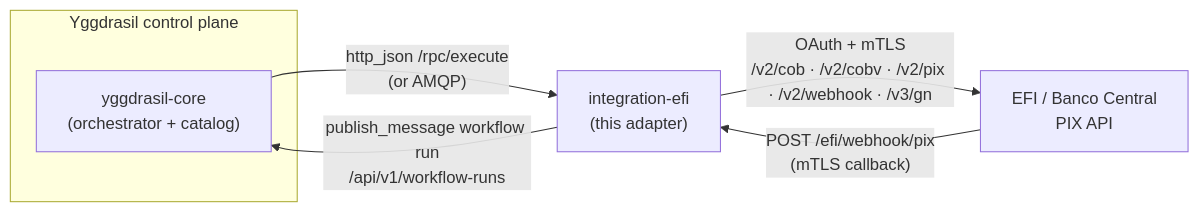
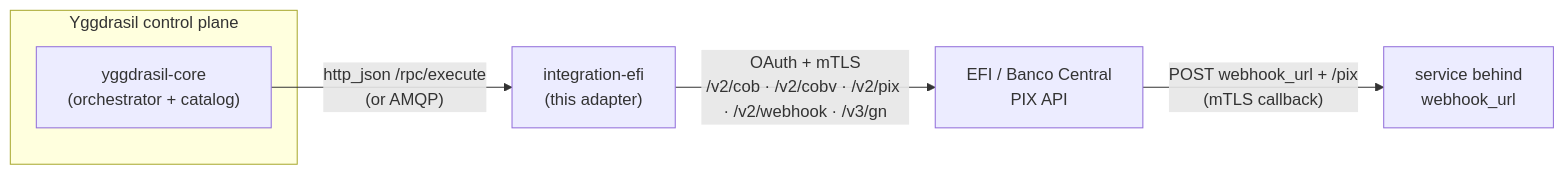
Before and after one commit to dakasa-yggdrasil/integration-efi: the first of 3 diagrams in README.md, drawn with Mermaid. The commit also changed other lines of this file and 9 other files, not shown here.

````diff
--- a/README.md
+++ b/README.md
@@ -55,10 +56,9 @@
 ```mermaid
 flowchart LR
   subgraph YGG["Yggdrasil control plane"]
     core["yggdrasil-core<br/>(orchestrator + catalog)"]
   end
   core -- "http_json /rpc/execute<br/>(or AMQP)" --> efi["integration-efi<br/>(this adapter)"]
   efi -- "OAuth + mTLS<br/>/v2/cob · /v2/cobv · /v2/pix · /v2/webhook · /v3/gn" --> bcb["EFI / Banco Central<br/>PIX API"]
-  bcb -- "POST /efi/webhook/pix<br/>(mTLS callback)" --> efi
-  efi -- "publish_message workflow run<br/>/api/v1/workflow-runs" --> core
+  bcb -- "POST webhook_url + /pix<br/>(mTLS callback)" --> rx["service behind<br/>webhook_url"]
 ```
````
